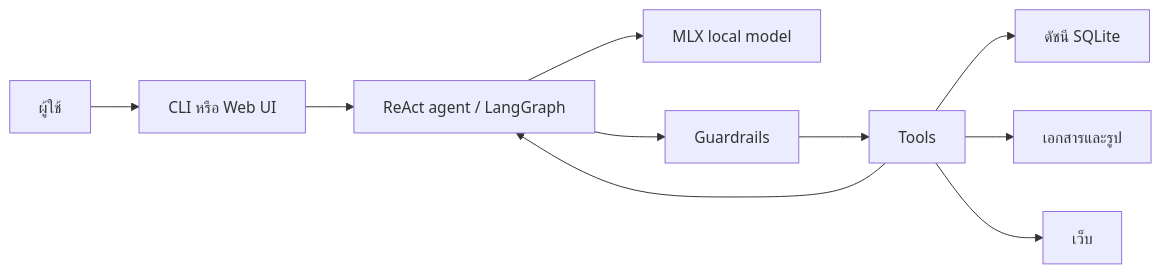
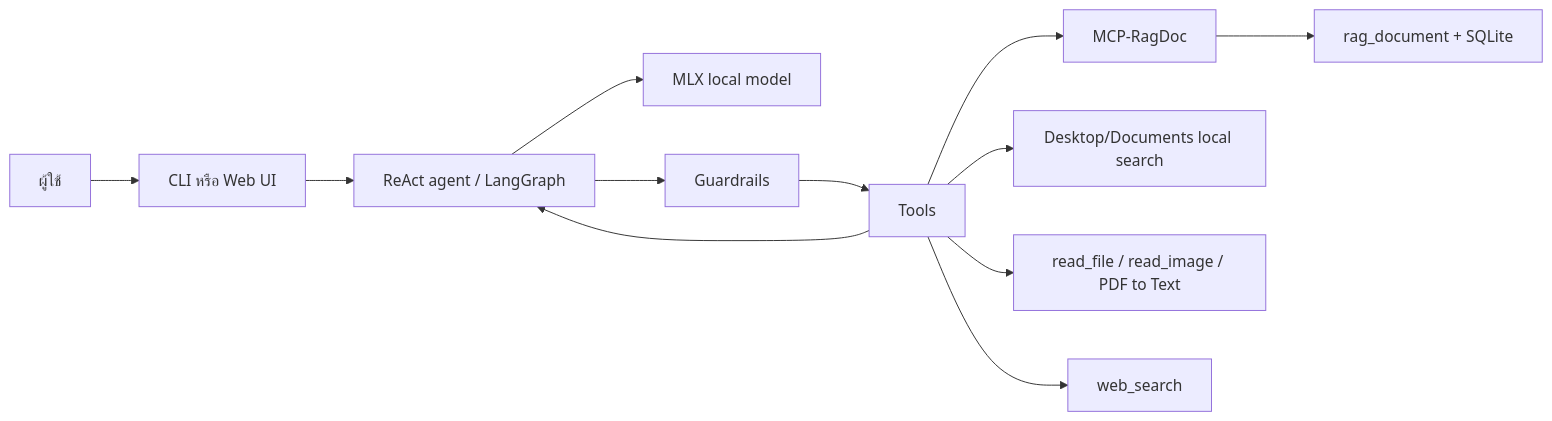
One commit to halochamp/ENDEAVOR_LOCAL_AGENT_LITE changed the diagram in README.md. Above: the diagram before and after it, drawn with Mermaid. The commit also changed other lines of this file and 125 other files, not shown here.

First line of the commit message:
feat(rag): bundle standalone MCP-RagDoc with grouped tools; add PDF-to-Text, local search, batch read

````diff
--- a/README.md
+++ b/README.md
@@ -152,12 +159,14 @@
 ```mermaid
 flowchart LR
     U[ผู้ใช้] --> I[CLI หรือ Web UI]
     I --> A[ReAct agent / LangGraph]
     A --> M[MLX local model]
     A --> G[Guardrails]
     G --> T[Tools]
-    T --> F[ดัชนี SQLite]
-    T --> D[เอกสารและรูป]
-    T --> W[เว็บ]
+    T --> R[MCP-RagDoc]
+    R --> K[rag_document + SQLite]
+    T --> L[Desktop/Documents local search]
+    T --> D[read_file / read_image / PDF to Text]
+    T --> W[web_search]
     T --> A
 ```
````
